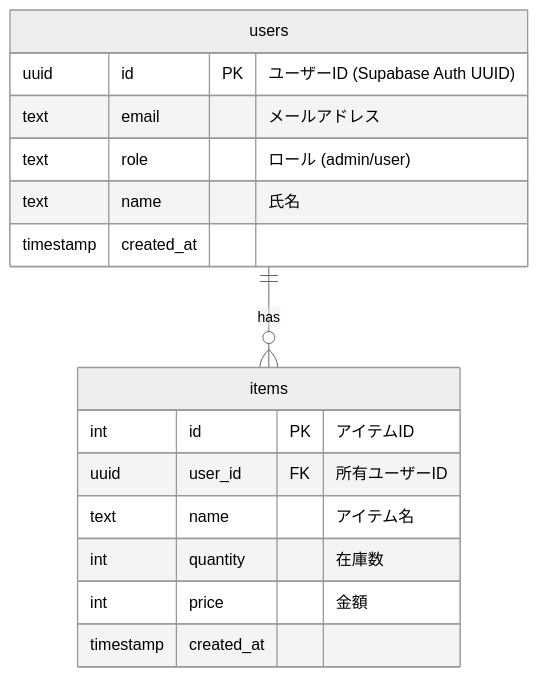
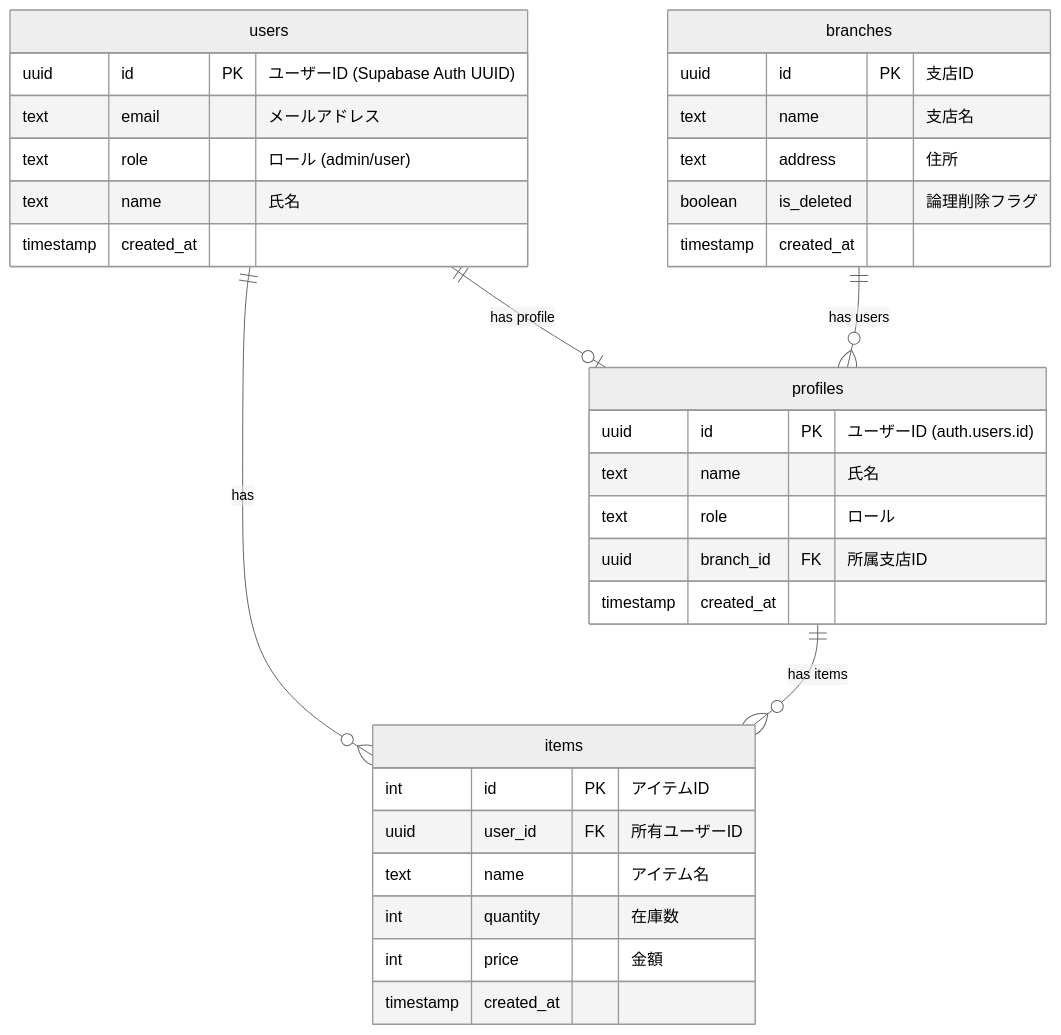
Before and after one commit to hitodeman/every_item_mng: the diagram in context/architect/db-er.md, drawn with Mermaid (neutral theme). The commit also changed other lines of this file and 173 other files, not shown here.

````diff
--- a/context/architect/db-er.md
+++ b/context/architect/db-er.md
@@ -4,21 +5,40 @@
 ```mermaid
 erDiagram
   users {
     uuid id PK "ユーザーID (Supabase Auth UUID)"
     text email "メールアドレス"
     text role "ロール (admin/user)"
     text name "氏名"
+    timestamp created_at
+  }
+
+  branches {
+    uuid id PK "支店ID"
+    text name "支店名"
+    text address "住所"
+    boolean is_deleted "論理削除フラグ"
+    timestamp created_at
+  }
+
+  profiles {
+    uuid id PK "ユーザーID (auth.users.id)"
+    text name "氏名"
+    text role "ロール"
+    uuid branch_id FK "所属支店ID"
     timestamp created_at
   }
 
   items {
     int id PK "アイテムID"
     uuid user_id FK "所有ユーザーID"
     text name "アイテム名"
     int quantity "在庫数"
     int price "金額"
     timestamp created_at
   }
 
   users ||--o{ items : "has"
+  users ||--o| profiles : "has profile"
+  branches ||--o{ profiles : "has users"
+  profiles ||--o{ items : "has items"
 ```
````
